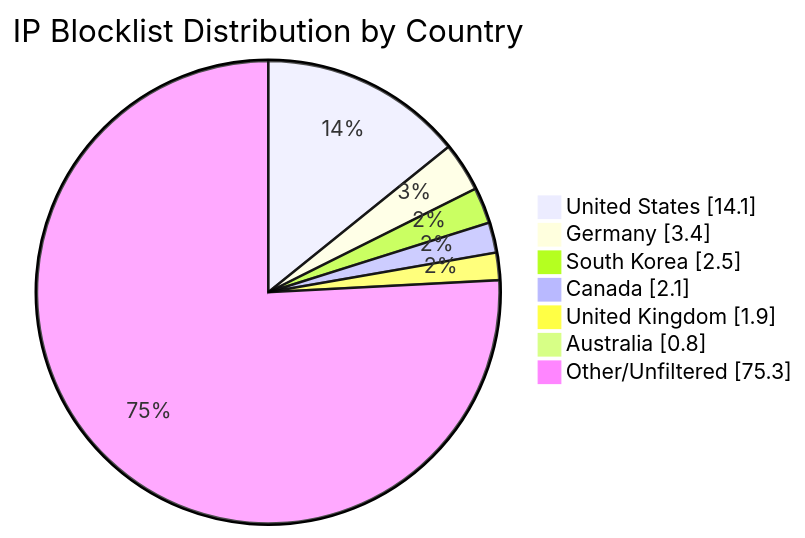
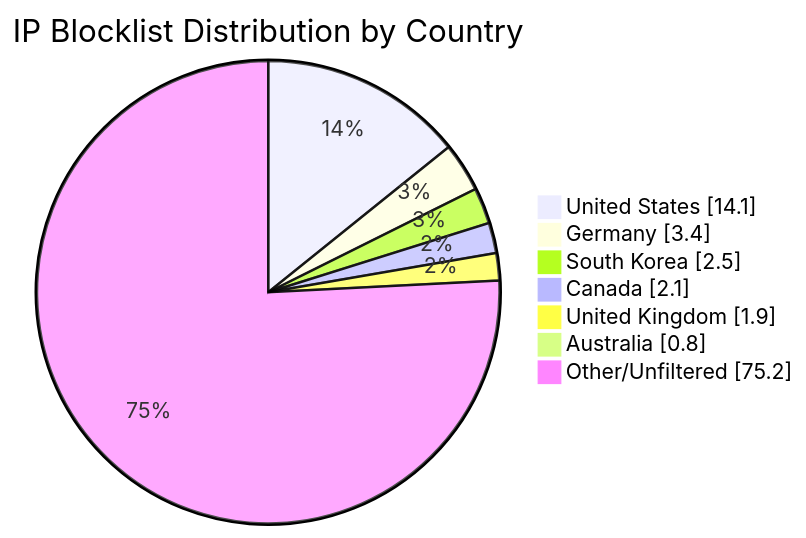
One commit to MarcusHoltz/ipblocklist-geofiltered-aggregator changed the diagram in README.md. Above: the diagram before and after it, drawn with Mermaid. The commit also changed other lines of this file and 9 other files, not shown here.

````diff
--- a/README.md
+++ b/README.md
@@ -34,10 +34,10 @@
 ```mermaid
 pie showData title IP Blocklist Distribution by Country
 "United States" : 14.1
 "Germany" : 3.4
 "South Korea" : 2.5
 "Canada" : 2.1
 "United Kingdom" : 1.9
 "Australia" : 0.8
-"Other/Unfiltered" : 75.3
+"Other/Unfiltered" : 75.2
 ```
````
